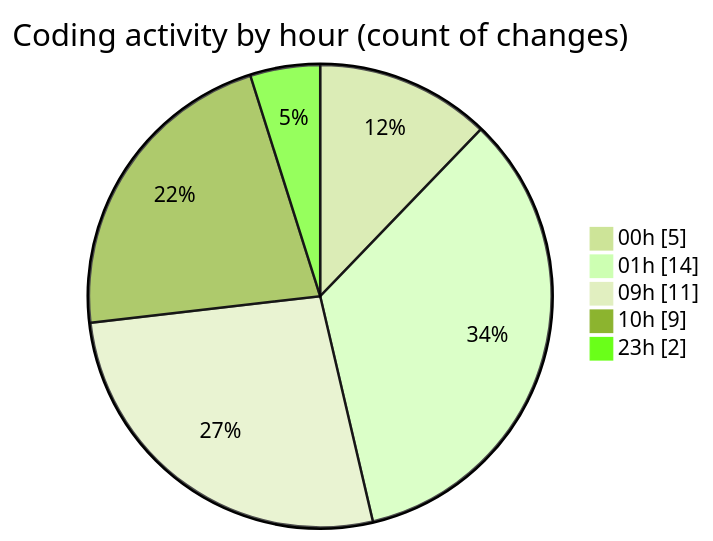
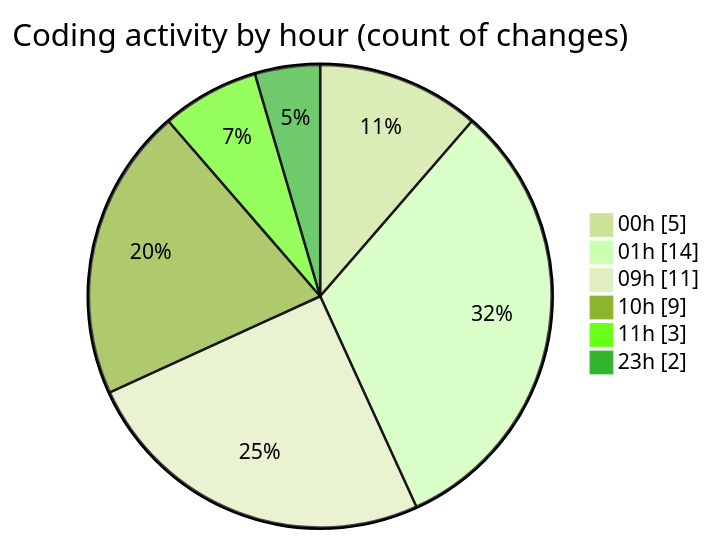
The second of 2 diagrams in 2025-11-26/eventscop-frontend-guide__workspace_/README.md (julien-gomy/code-tracking), drawn with Mermaid (forest theme) before and after one commit. The commit also changed other lines of this file and 1 other file, not shown here.

````diff
--- a/2025-11-26/eventscop-frontend-guide__workspace_/README.md
+++ b/2025-11-26/eventscop-frontend-guide__workspace_/README.md
@@ -39,9 +41,10 @@
 ```mermaid
 pie showData
 title Coding activity by hour (count of changes)
 "00h" : 5
 "01h" : 14
 "09h" : 11
 "10h" : 9
+"11h" : 3
 "23h" : 2
 ```
````
